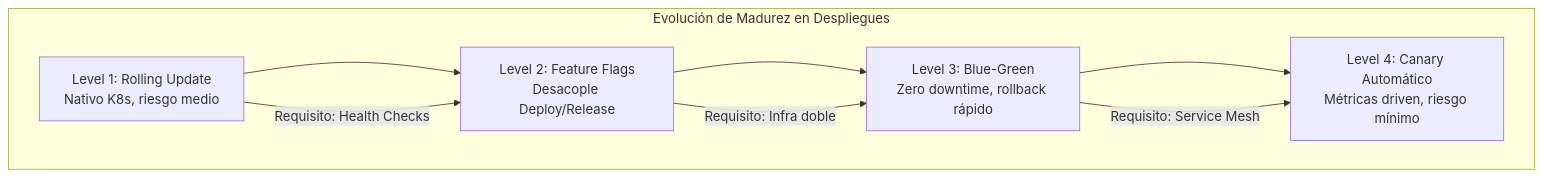
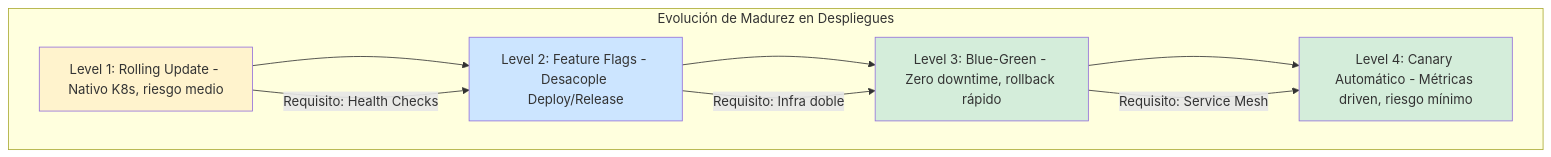
Before and after one commit to Joaquinriosheredia/DAM-Java-Mastery: the fourth of 4 diagrams in 05_SRE_DevOps/patrones_de_despliegue_bluegreen_canary_y_rolling_con_kubernetes_STAFF.md, drawn with Mermaid. The commit also changed other lines of this file, not shown here.

Commit message:
patrones_de_despliegue_bluegreen_canary_y_rolling_con_kubernetes_STAFF.md

````diff
--- a/05_SRE_DevOps/patrones_de_despliegue_bluegreen_canary_y_rolling_con_kubernetes_STAFF.md
+++ b/05_SRE_DevOps/patrones_de_despliegue_bluegreen_canary_y_rolling_con_kubernetes_STAFF.md
@@ -477,13 +750,18 @@
 ```mermaid
 graph TD
     subgraph "Evolución de Madurez en Despliegues"
-        L1[Level 1: Rolling Update<br>Nativo K8s, riesgo medio] --> L2
-        L2[Level 2: Feature Flags<br>Desacople Deploy/Release] --> L3
-        L3[Level 3: Blue-Green<br>Zero downtime, rollback rápido] --> L4
-        L4[Level 4: Canary Automático<br>Métricas driven, riesgo mínimo]
+        L1[Level 1: Rolling Update - Nativo K8s, riesgo medio] --> L2
+        L2[Level 2: Feature Flags - Desacople Deploy/Release] --> L3
+        L3[Level 3: Blue-Green - Zero downtime, rollback rápido] --> L4
+        L4[Level 4: Canary Automático - Métricas driven, riesgo mínimo]
     end
     
     L1 -->|Requisito: Health Checks| L2
     L2 -->|Requisito: Infra doble| L3
     L3 -->|Requisito: Service Mesh| L4
+    
+    style L1 fill:#fff3cd
+    style L2 fill:#cce5ff
+    style L3 fill:#d4edda
+    style L4 fill:#d4edda
 ```
````
